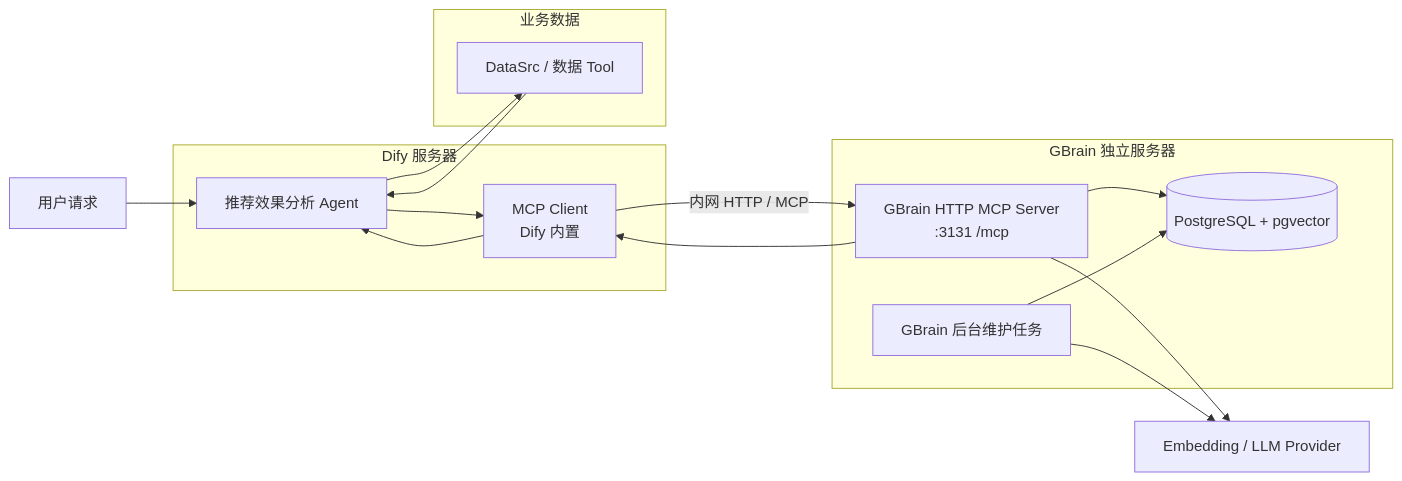
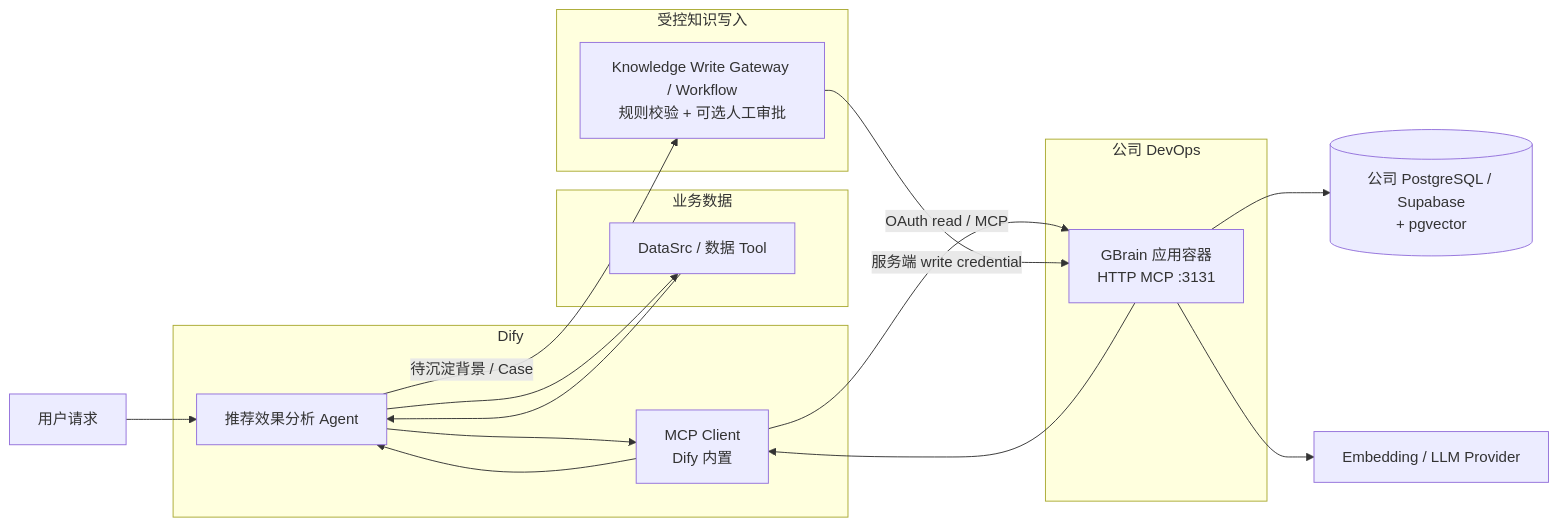
One commit to sgfd-ui/internship changed the second of 4 diagrams in weekly-report/gbrain-dify-shared-knowledge.md. Above: the diagram before and after it, drawn with Mermaid. The commit also changed other lines of this file, not shown here.

Commit message:
Rewrite GBrain deployment for DevOps container

````diff
--- a/weekly-report/gbrain-dify-shared-knowledge.md
+++ b/weekly-report/gbrain-dify-shared-knowledge.md
@@ -64,34 +64,38 @@
 ```mermaid
 flowchart LR
     U[用户请求]
 
-    subgraph D[Dify 服务器]
+    subgraph D[Dify]
         A[推荐效果分析 Agent]
         MC[MCP Client\nDify 内置]
     end
 
     subgraph B[业务数据]
         DS[DataSrc / 数据 Tool]
     end
 
-    subgraph G[GBrain 独立服务器]
-        MS[GBrain HTTP MCP Server\n:3131 /mcp]
-        DB[(PostgreSQL + pgvector)]
-        W[GBrain 后台维护任务]
+    subgraph W[受控知识写入]
+        WG[Knowledge Write Gateway / Workflow\n规则校验 + 可选人工审批]
     end
 
+    subgraph C[公司 DevOps]
+        MS[GBrain 应用容器\nHTTP MCP :3131]
+    end
+
+    DB[(公司 PostgreSQL / Supabase\n+ pgvector)]
     M[Embedding / LLM Provider]
 
     U --> A
     A --> DS
     DS --> A
 
     A --> MC
-    MC -->|内网 HTTP / MCP| MS
+    MC -->|OAuth read / MCP| MS
     MS --> DB
-    W --> DB
     MS --> M
-    W --> M
     MS --> MC
     MC --> A
+
+    A -->|待沉淀背景 / Case| WG
+    WG -->|服务端 write credential| MS
 ```
````
